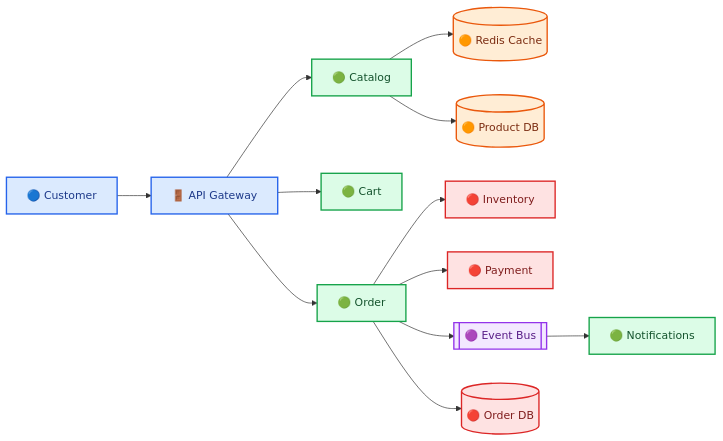
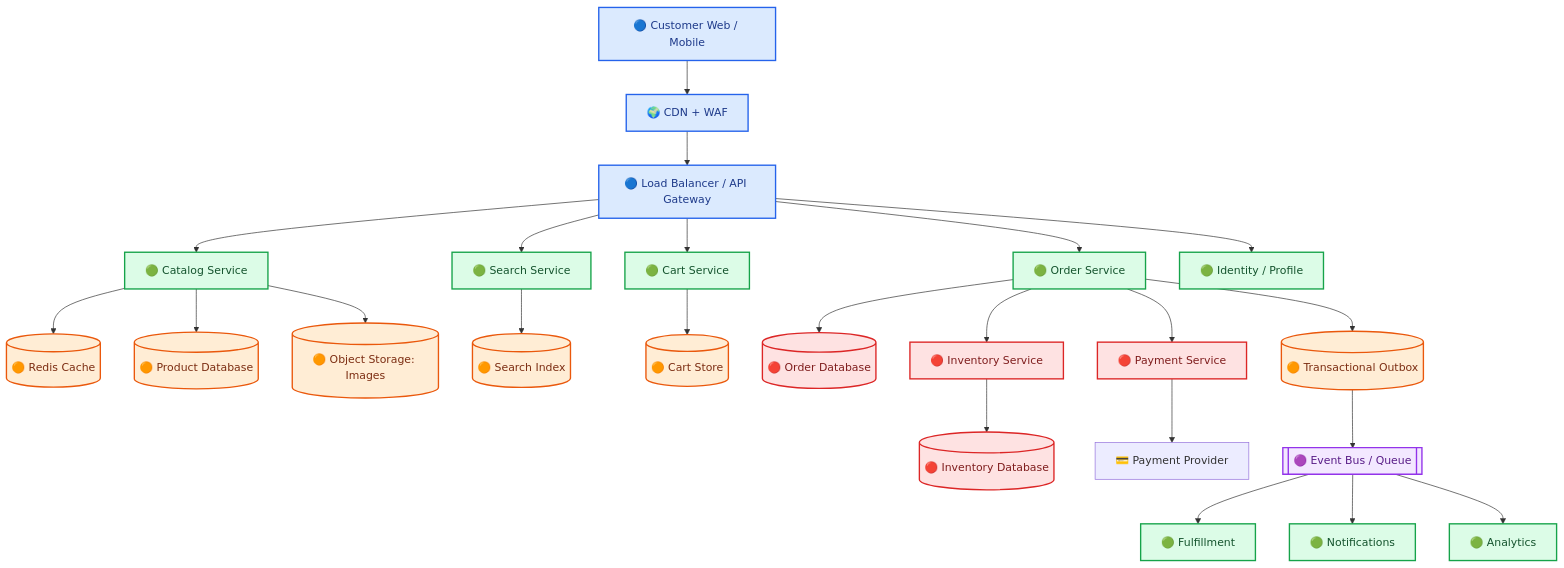
One commit to azam123/Engineering-Interview-Prep changed the first of 11 diagrams in System-Design/01-E-Commerce-Amazon.md. Above: the diagram before and after it, drawn with Mermaid. The commit also changed other lines of this file, not shown here.

```diff
--- a/System-Design/01-E-Commerce-Amazon.md
+++ b/System-Design/01-E-Commerce-Amazon.md
@@ -35,24 +128,35 @@
 ~~~mermaid
-flowchart LR
-    U["🔵 Customer"] --> GW["🚪 API Gateway"]
-    GW --> CAT["🟢 Catalog"]
-    GW --> CART["🟢 Cart"]
-    GW --> ORD["🟢 Order"]
-    ORD --> INV["🔴 Inventory"]
-    ORD --> PAY["🔴 Payment"]
-    ORD --> BUS[["🟣 Event Bus"]]
+flowchart TB
+    U["🔵 Customer Web / Mobile"] --> EDGE["🌍 CDN + WAF"]
+    EDGE --> GW["🔵 Load Balancer / API Gateway"]
+    GW --> CAT["🟢 Catalog Service"]
+    GW --> SEARCH["🟢 Search Service"]
+    GW --> CART["🟢 Cart Service"]
+    GW --> ORDER["🟢 Order Service"]
+    GW --> ACCOUNT["🟢 Identity / Profile"]
+    CAT --> REDIS[("🟠 Redis Cache")]
+    CAT --> PDB[("🟠 Product Database")]
+    SEARCH --> IDX[("🟠 Search Index")]
+    CART --> CDB[("🟠 Cart Store")]
+    ORDER --> ODB[("🔴 Order Database")]
+    ORDER --> INV["🔴 Inventory Service"]
+    ORDER --> PAY["🔴 Payment Service"]
+    INV --> IDB[("🔴 Inventory Database")]
+    PAY --> PSP["💳 Payment Provider"]
+    ORDER --> OUTBOX[("🟠 Transactional Outbox")]
+    OUTBOX --> BUS[["🟣 Event Bus / Queue"]]
+    BUS --> FUL["🟢 Fulfillment"]
     BUS --> NOTIFY["🟢 Notifications"]
-    CAT --> CACHE[("🟠 Redis Cache")]
-    CAT --> DB[("🟠 Product DB")]
-    ORD --> ODB[("🔴 Order DB")]
-    classDef client fill:#dbeafe,stroke:#2563eb,color:#1e3a8a,stroke-width:2px;
-    classDef service fill:#dcfce7,stroke:#16a34a,color:#14532d,stroke-width:2px;
+    BUS --> ANALYTICS["🟢 Analytics"]
+    CAT --> OBJ[("🟠 Object Storage: Images")]
+    classDef edge fill:#dbeafe,stroke:#2563eb,color:#1e3a8a,stroke-width:2px;
+    classDef svc fill:#dcfce7,stroke:#16a34a,color:#14532d,stroke-width:2px;
     classDef data fill:#ffedd5,stroke:#ea580c,color:#7c2d12,stroke-width:2px;
     classDef critical fill:#fee2e2,stroke:#dc2626,color:#7f1d1d,stroke-width:2px;
     classDef async fill:#f3e8ff,stroke:#9333ea,color:#581c87,stroke-width:2px;
-    class U,GW client;
-    class CAT,CART,ORD,NOTIFY service;
-    class CACHE,DB data;
-    class INV,PAY,ODB critical;
+    class U,EDGE,GW edge;
+    class CAT,SEARCH,CART,ORDER,ACCOUNT,INV,PAY,FUL,NOTIFY,ANALYTICS svc;
+    class REDIS,PDB,IDX,CDB,ODB,IDB,OUTBOX,OBJ data;
+    class INV,PAY,ODB,IDB critical;
     class BUS async;
 ~~~
```
